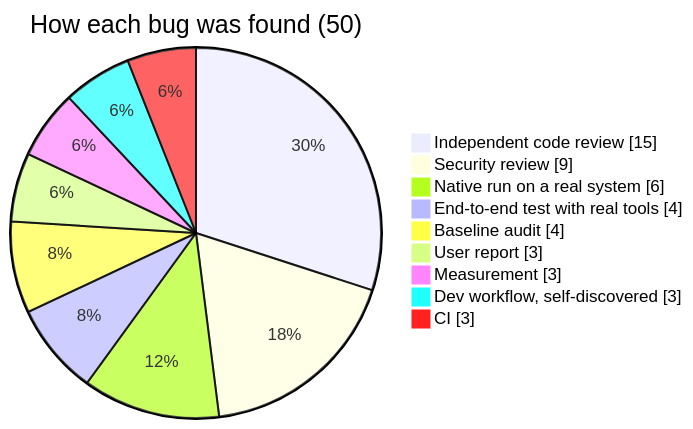
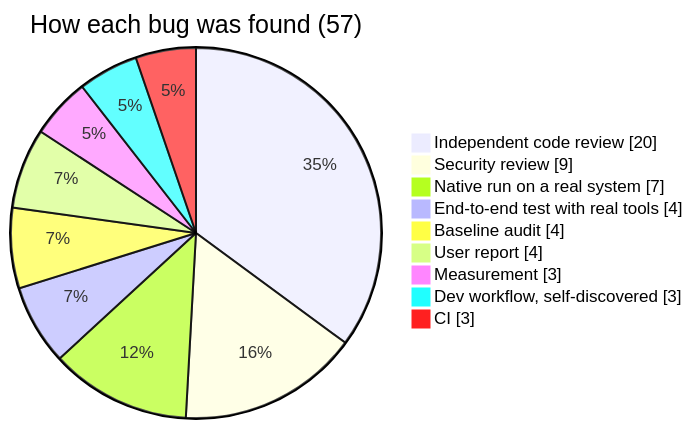
Before and after one commit to XKeviNguyen/HighVi: the fourth of 11 diagrams in docs/JOURNEY.md, drawn with Mermaid. The commit also changed other lines of this file and 7 other files, not shown here.

````diff
--- a/docs/JOURNEY.md
+++ b/docs/JOURNEY.md
@@ -85,13 +86,13 @@
 ```mermaid
 pie showData
-  title How each bug was found (50)
-  "Independent code review" : 15
+  title How each bug was found (57)
+  "Independent code review" : 20
   "Security review" : 9
-  "Native run on a real system" : 6
+  "Native run on a real system" : 7
   "End-to-end test with real tools" : 4
   "Baseline audit" : 4
-  "User report" : 3
+  "User report" : 4
   "Measurement" : 3
   "Dev workflow, self-discovered" : 3
   "CI" : 3
 ```
````
